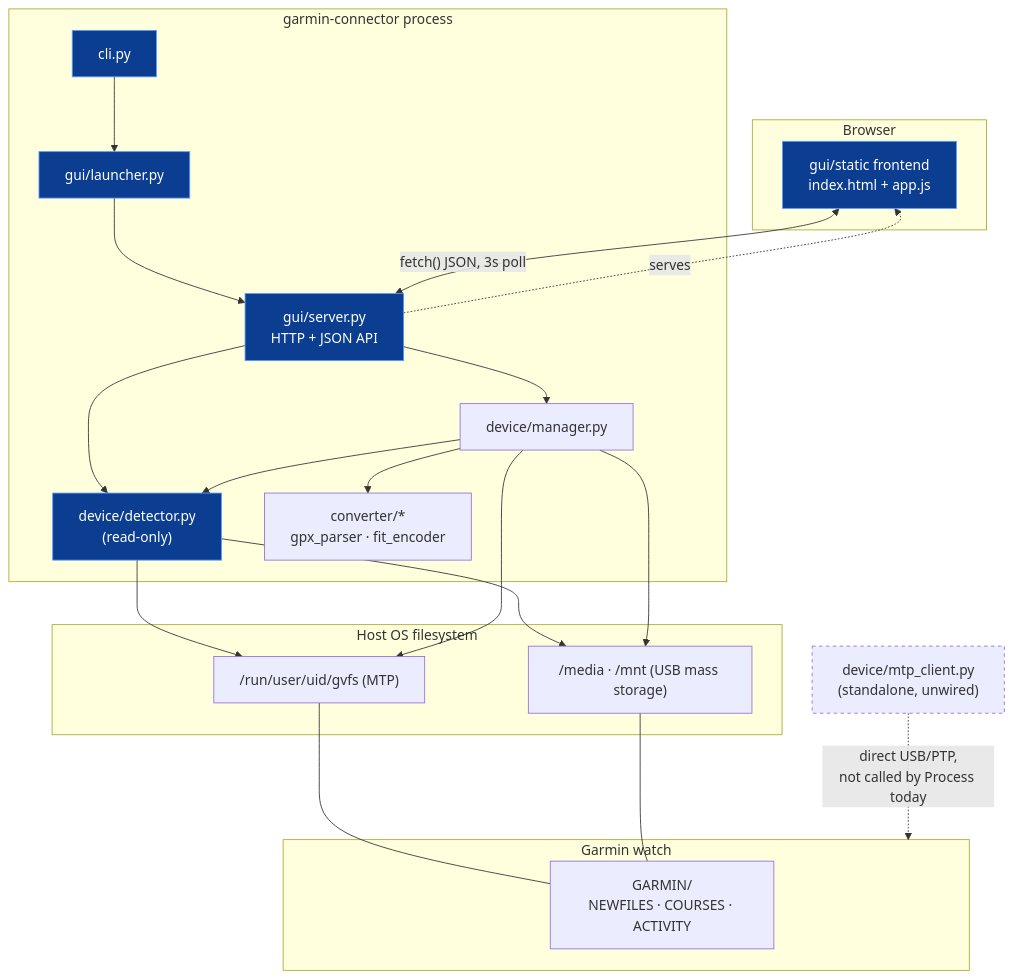
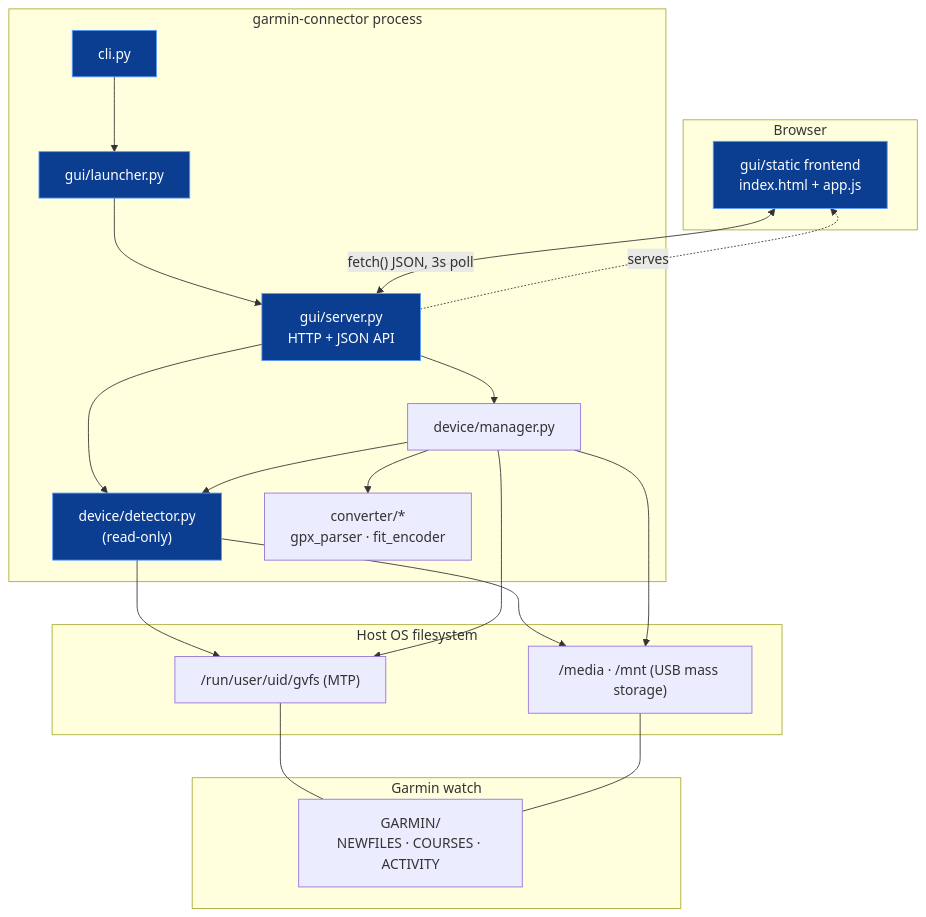
Before and after one commit to jvanheerikhuize/garmin-connector: the diagram in spec/constitution.md, drawn with Mermaid. The commit also changed other lines of this file and 5 other files, not shown here.

````diff
--- a/spec/constitution.md
+++ b/spec/constitution.md
@@ -33,41 +35,36 @@
 ```mermaid
 flowchart TD
     subgraph Browser["Browser"]
         FE["gui/static frontend<br/>index.html + app.js"]
     end
 
     subgraph Process["garmin-connector process"]
         CLI["cli.py"] --> Launcher["gui/launcher.py"]
         Launcher --> Server["gui/server.py<br/>HTTP + JSON API"]
         Server -. serves .-> FE
         Server --> Detector["device/detector.py<br/>(read-only)"]
         Server --> Manager["device/manager.py"]
         Manager --> Detector
         Manager --> Converter["converter/*<br/>gpx_parser · fit_encoder"]
     end
 
     subgraph HostOS["Host OS filesystem"]
         GVFS["/run/user/uid/gvfs (MTP)"]
         Media["/media · /mnt (USB mass storage)"]
     end
 
     subgraph Watch["Garmin watch"]
         GarminDir["GARMIN/<br/>NEWFILES · COURSES · ACTIVITY"]
     end
 
-    MTP["device/mtp_client.py<br/>(standalone, unwired)"]
-
     FE <-- "fetch() JSON, 3s poll" --> Server
     Detector --> GVFS
     Detector --> Media
     Manager --> GVFS
     Manager --> Media
     GVFS --- GarminDir
     Media --- GarminDir
-    MTP -. "direct USB/PTP,<br/>not called by Process today" .-> Watch
 
     classDef skeleton fill:#0b3d91,stroke:#5b9bff,color:#fff
-    classDef unwired stroke-dasharray: 4 4
     class CLI,Launcher,Server,Detector,FE skeleton
-    class MTP unwired
 ```
````
